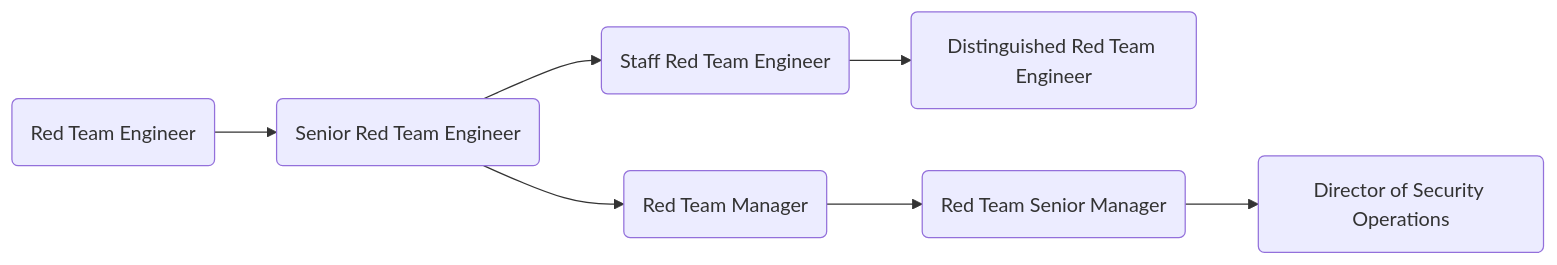
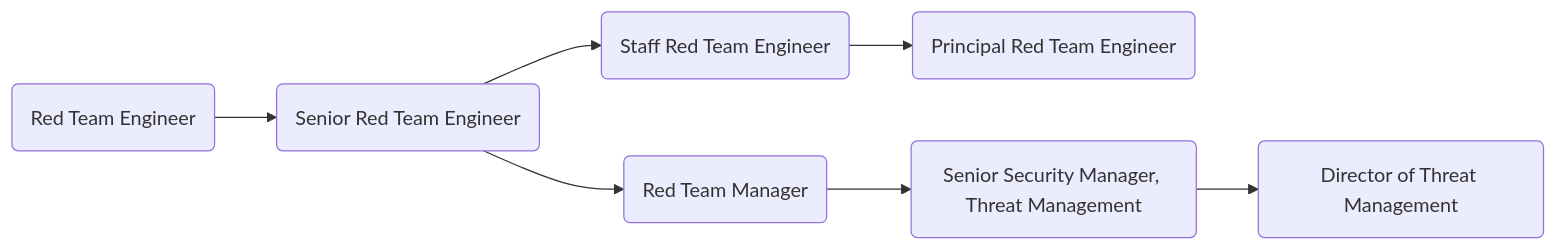
Before and after one commit to secretstartups/handbook: the diagram in job-families/engineering/red-team/index.html.md, drawn with Mermaid. The commit also changed other lines of this file, not shown here.

Commit message:
Add Red Team Principal Engineer role

````diff
--- a/job-families/engineering/red-team/index.html.md
+++ b/job-families/engineering/red-team/index.html.md
@@ -167,9 +197,9 @@
 ```mermaid
   graph LR;
   sec:se(Red Team Engineer)-->sec:sse(Senior Red Team Engineer);
   sec:sse(Senior Red Team Engineer)-->sec:stse(Staff Red Team Engineer);
-  sec:stse(Staff Red Team Engineer)-->sec:dse(Distinguished Red Team Engineer);
+  sec:stse(Staff Red Team Engineer)-->sec:dse(Principal Red Team Engineer);
   sec:sse(Senior Red Team Engineer)-->sec:sem(Red Team Manager);
-  sec:sem(Red Team Manager)-->sec:sesm(Red Team Senior Manager);
-  sec:sesm(Red Team Senior Manager)-->sec:ds(Director of Security Operations);
+  sec:sem(Red Team Manager)-->sec:sesm(Senior Security Manager, Threat Management);
+  sec:sesm(Senior Security Manager, Threat Management)-->sec:ds(Director of Threat Management);
 ```
````
